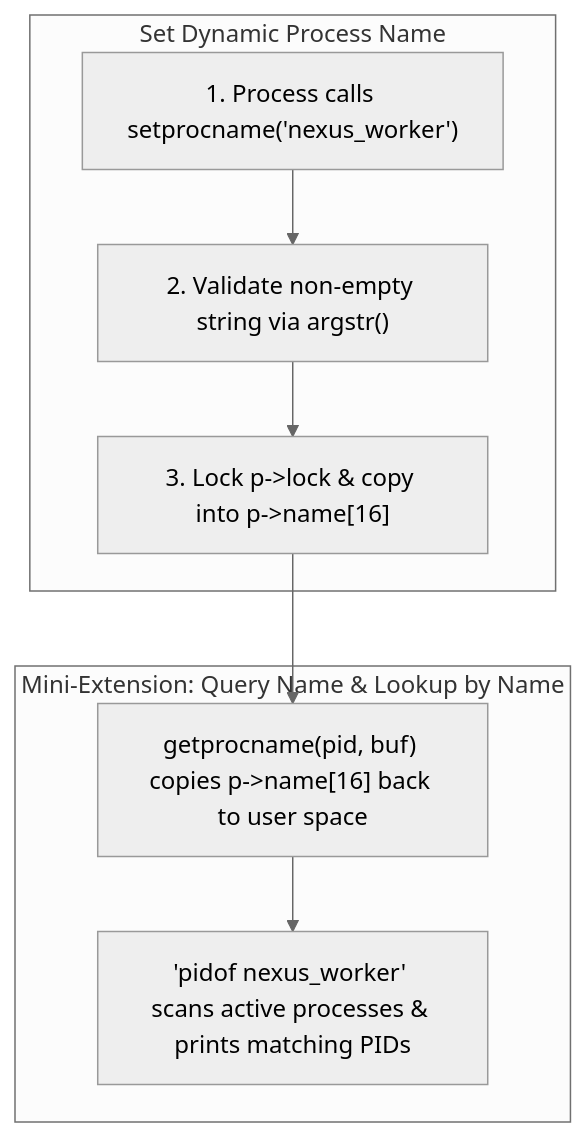
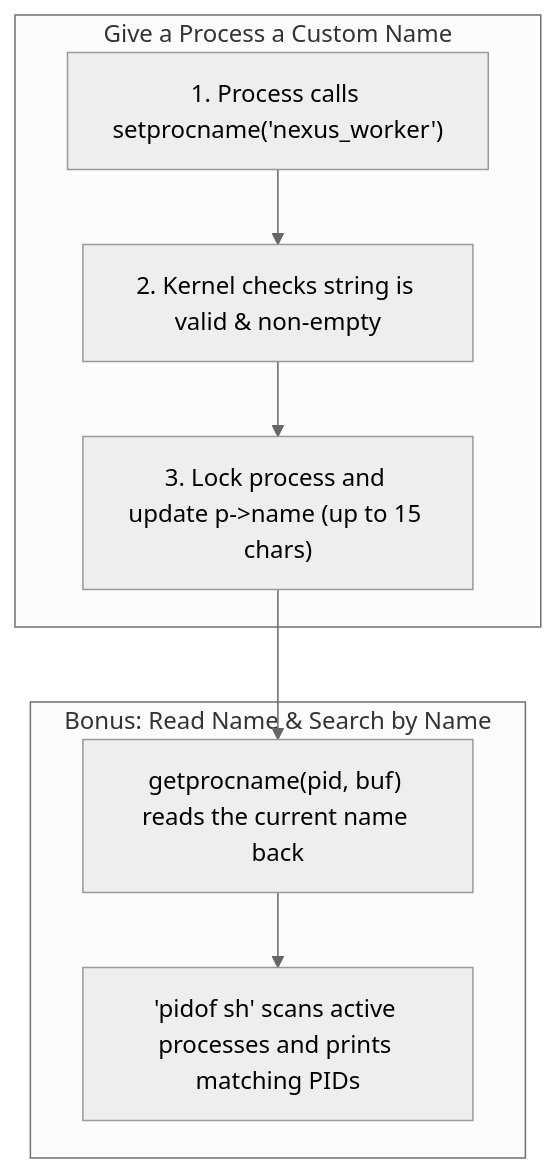
Diagram 16 of 21 in README.md (asbahkhan67-ctrl/xv6-riscv), drawn with Mermaid (neutral theme) before and after one commit. The commit also changed other lines of this file and 27 other files, not shown here.

````diff
--- a/README.md
+++ b/README.md
@@ -925,14 +963,14 @@
 ```mermaid
 flowchart TD
-    subgraph Write["Set Dynamic Process Name"]
-        U["1. Process calls setprocname('nexus_worker')"] --> K1["2. Validate non-empty string via argstr()"]
-        K1 --> K2["3. Lock p->lock & copy into p->name[16]"]
+    subgraph Rename["Give a Process a Custom Name"]
+        A["1. Process calls setprocname('nexus_worker')"] --> B["2. Kernel checks string is valid & non-empty"]
+        B --> C["3. Lock process and update p->name (up to 15 chars)"]
     end
 
-    subgraph Read["Mini-Extension: Query Name & Lookup by Name"]
-        R1["getprocname(pid, buf) copies p->name[16] back to user space"]
-        R2["'pidof nexus_worker' scans active processes & prints matching PIDs"]
+    subgraph Lookup["Bonus: Read Name & Search by Name"]
+        D["getprocname(pid, buf) reads the current name back"]
+        E["'pidof sh' scans active processes and prints matching PIDs"]
     end
 
-    K2 --> R1 --> R2
+    C --> D --> E
 ```
````
